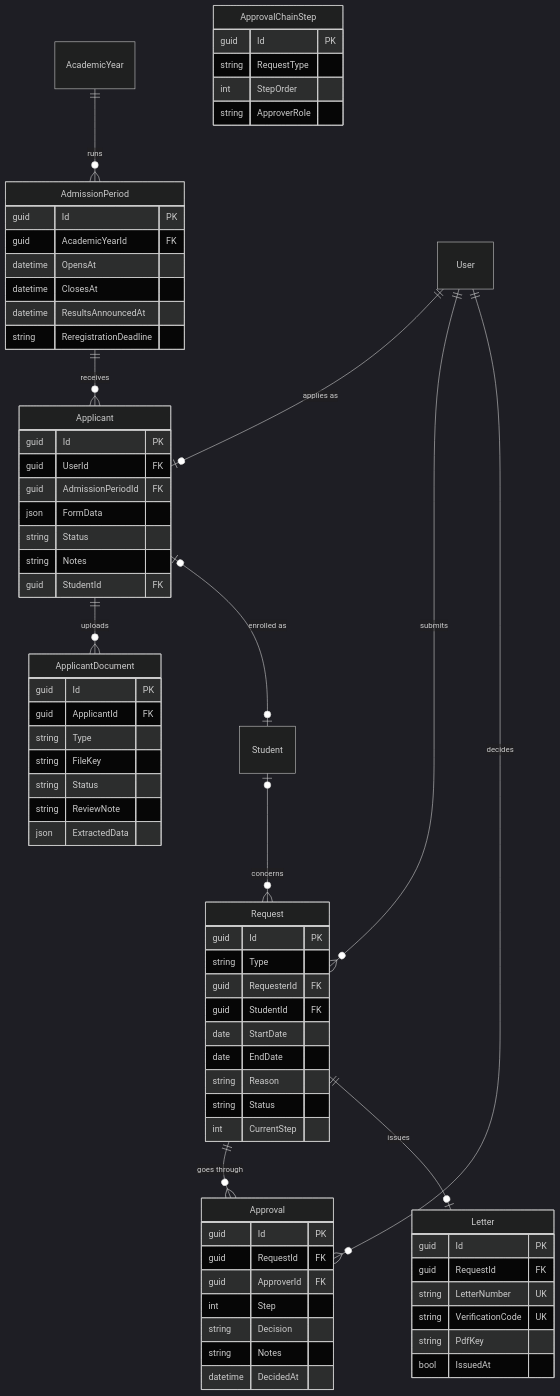
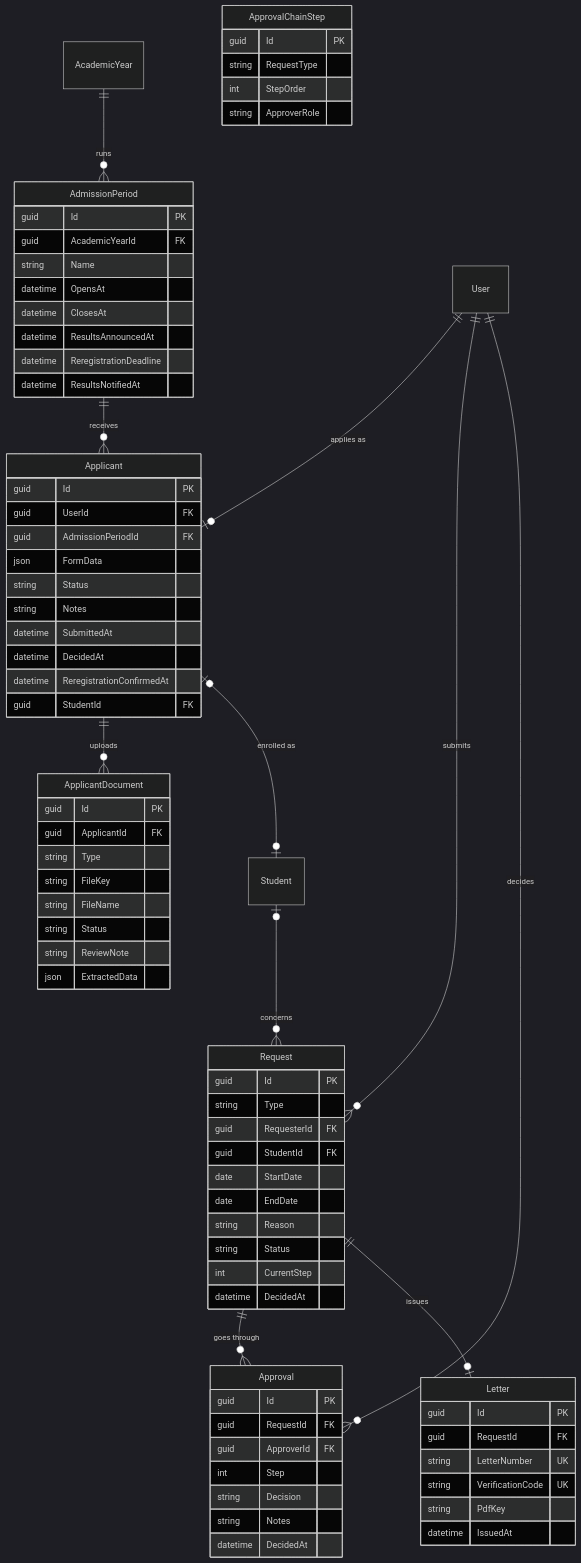
The sixth of 9 diagrams in docs/en/system-design.md (ridhwanhabib18/schomans), drawn with Mermaid (dark theme) before and after one commit. The commit also changed other lines of this file and 5 other files, not shown here.

````diff
--- a/docs/en/system-design.md
+++ b/docs/en/system-design.md
@@ -391,75 +391,82 @@
 ```mermaid
 %% Source: diagrams/erd.mmd (admissions & approvals)
 erDiagram
   AcademicYear ||--o{ AdmissionPeriod : "runs"
   User ||--o| Applicant : "applies as"
   AdmissionPeriod ||--o{ Applicant : "receives"
   Applicant ||--o{ ApplicantDocument : "uploads"
   Applicant |o--o| Student : "enrolled as"
   User ||--o{ Request : "submits"
   Student |o--o{ Request : "concerns"
   Request ||--o{ Approval : "goes through"
   User ||--o{ Approval : "decides"
   Request ||--o| Letter : "issues"
 
   AdmissionPeriod {
     guid Id PK
     guid AcademicYearId FK
+    string Name
     datetime OpensAt
     datetime ClosesAt
     datetime ResultsAnnouncedAt
-    string ReregistrationDeadline
+    datetime ReregistrationDeadline
+    datetime ResultsNotifiedAt
   }
   Applicant {
     guid Id PK
     guid UserId FK
     guid AdmissionPeriodId FK
     json FormData
     string Status
     string Notes
+    datetime SubmittedAt
+    datetime DecidedAt
+    datetime ReregistrationConfirmedAt
     guid StudentId FK
   }
   ApplicantDocument {
     guid Id PK
     guid ApplicantId FK
     string Type
     string FileKey
+    string FileName
     string Status
     string ReviewNote
     json ExtractedData
   }
   ApprovalChainStep {
     guid Id PK
     string RequestType
     int StepOrder
     string ApproverRole
   }
   Request {
     guid Id PK
     string Type
     guid RequesterId FK
     guid StudentId FK
     date StartDate
     date EndDate
     string Reason
     string Status
     int CurrentStep
+    datetime DecidedAt
   }
   Approval {
     guid Id PK
     guid RequestId FK
     guid ApproverId FK
     int Step
     string Decision
     string Notes
     datetime DecidedAt
   }
   Letter {
     guid Id PK
     guid RequestId FK
     string LetterNumber UK
     string VerificationCode UK
     string PdfKey
-    bool IssuedAt
+    datetime IssuedAt
   }
 ```
````
